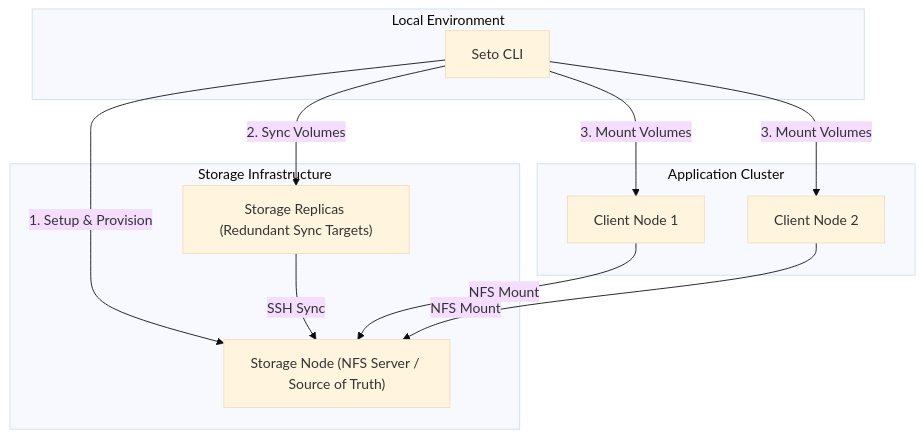
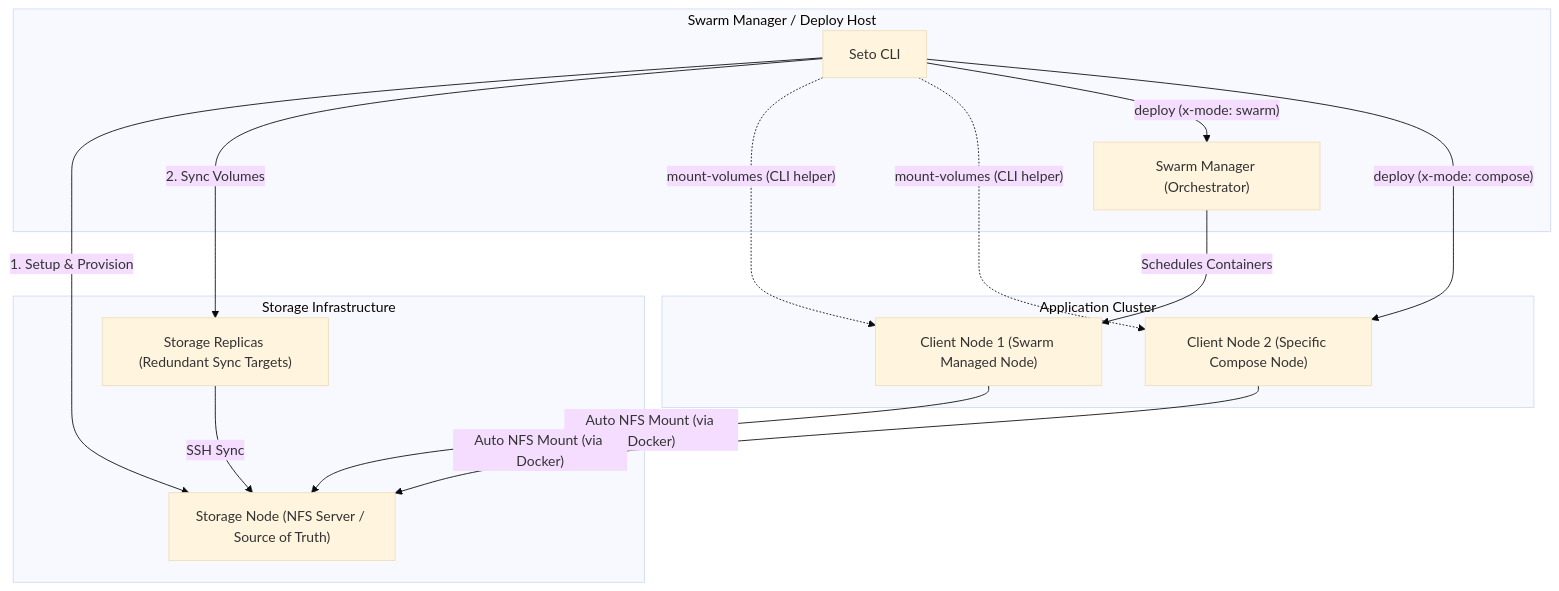
One commit to demsking/seto changed the diagram in README.md. Above: the diagram before and after it, drawn with Mermaid (base theme). The commit also changed other lines of this file, not shown here.

First line of the commit message:
docs(readme): enhance architecture diagram and clarify mount command purpose

````diff
--- a/README.md
+++ b/README.md
@@ -23,22 +23,29 @@
 ```mermaid
 flowchart TD
-    subgraph Local Environment
+    subgraph Swarm Manager / Deploy Host
         CLI[Seto CLI]
+        Orchestrator["Swarm Manager (Orchestrator)"]
     end
     subgraph Storage Infrastructure
         SN["Storage Node (NFS Server / Source of Truth)"]
         SR["Storage Replicas (Redundant Sync Targets)"]
     end
     subgraph Application Cluster
-        C1[Client Node 1]
-        C2[Client Node 2]
+        C1["Client Node 1 (Swarm Managed Node)"]
+        C2["Client Node 2 (Specific Compose Node)"]
     end
 
     CLI -- "1. Setup & Provision" --> SN
     CLI -- "2. Sync Volumes" --> SR
-    CLI -- "3. Mount Volumes" --> C1
-    CLI -- "3. Mount Volumes" --> C2
-    C1 -- "NFS Mount" --> SN
-    C2 -- "NFS Mount" --> SN
+
+    C1 -- "Auto NFS Mount (via Docker)" --> SN
+    C2 -- "Auto NFS Mount (via Docker)" --> SN
     SR -- "SSH Sync" --> SN
+
+    CLI -. "mount-volumes (CLI helper)" .-> C1
+    CLI -. "mount-volumes (CLI helper)" .-> C2
+
+    CLI -- "deploy (x-mode: swarm)" --> Orchestrator
+    Orchestrator -- "Schedules Containers" --> C1
+    CLI -- "deploy (x-mode: compose)" --> C2
 ```
````
